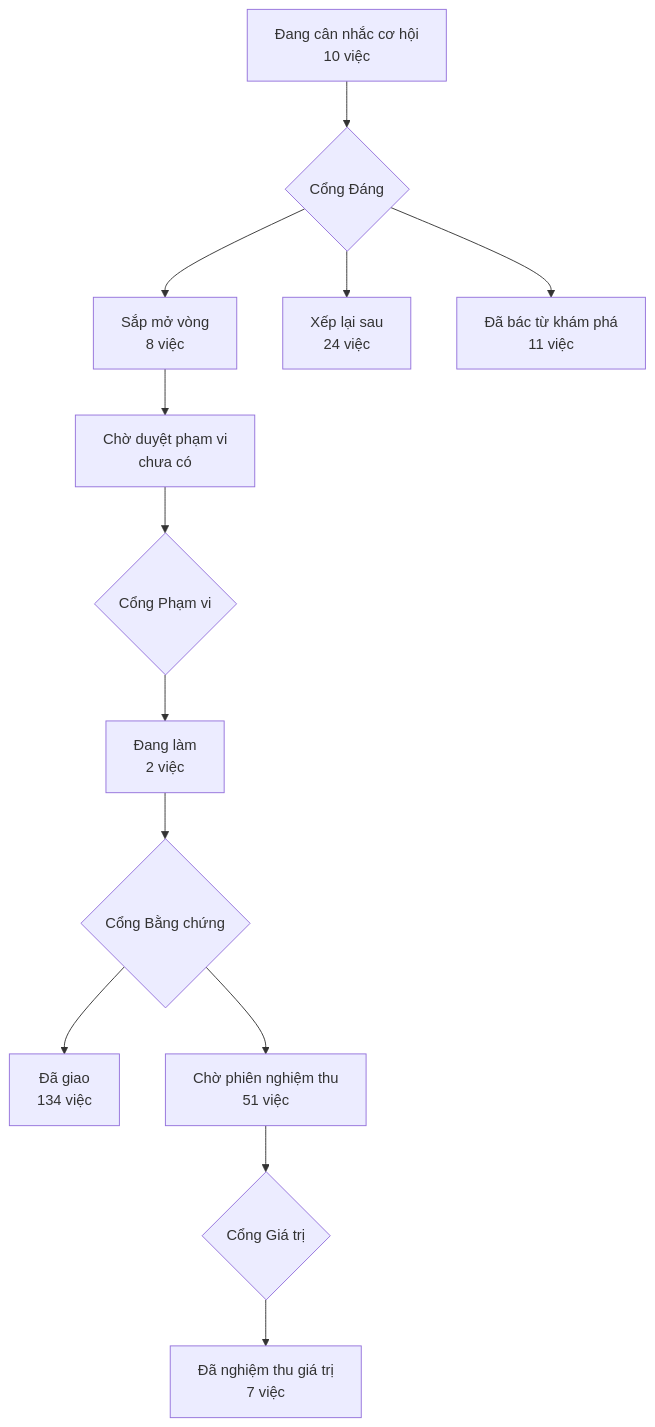
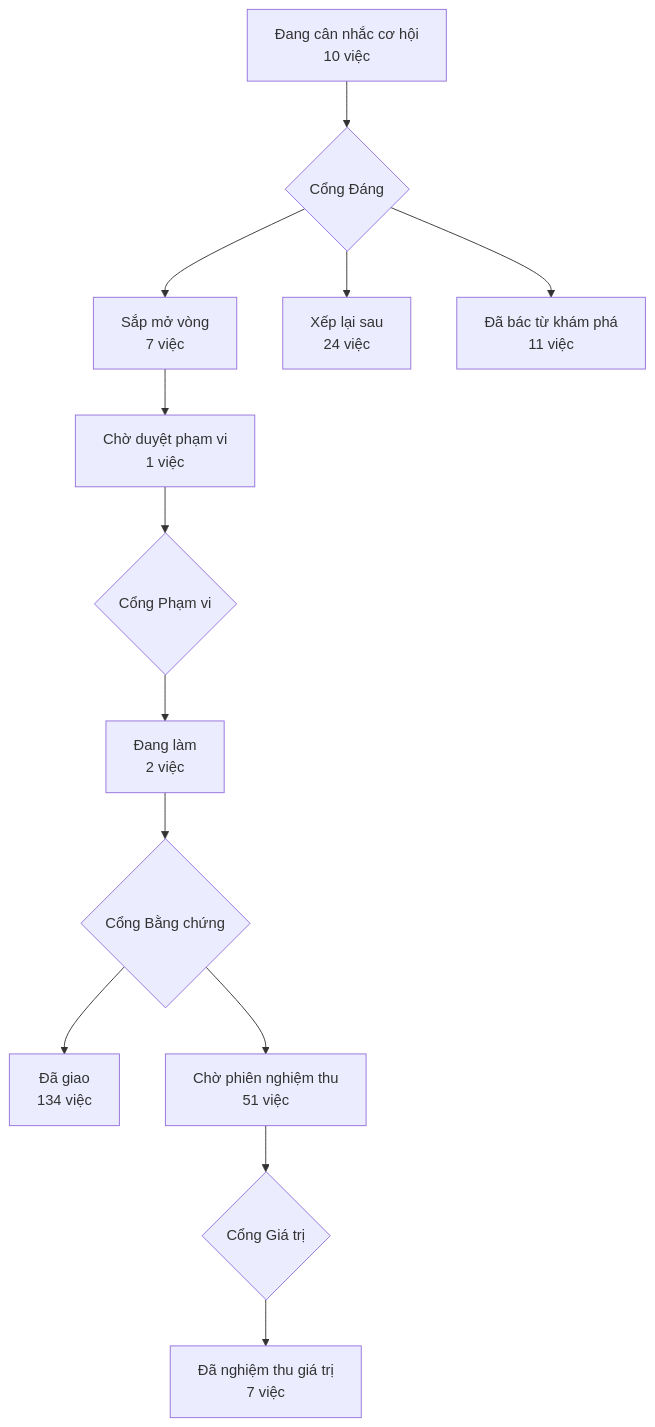
One commit to phanlemanh/acceptance-gate-kit changed the diagram in PRODUCT-MAP.md. Above: the diagram before and after it, drawn with Mermaid. The commit also changed other lines of this file and 1 other file, not shown here.

Commit message:
docs(trao-vai-va-do-sau-gop): vẽ lại bản đồ sau S1

````diff
--- a/PRODUCT-MAP.md
+++ b/PRODUCT-MAP.md
@@ -7,12 +7,12 @@
 ```mermaid
 flowchart TD
   A["Đang cân nhắc cơ hội<br/>10 việc"] --> GD{"Cổng Đáng"}
-  GD --> B["Sắp mở vòng<br/>8 việc"]
+  GD --> B["Sắp mở vòng<br/>7 việc"]
   GD --> XL["Xếp lại sau<br/>24 việc"]
   GD --> DB["Đã bác từ khám phá<br/>11 việc"]
-  B --> CD["Chờ duyệt phạm vi<br/>chưa có"] --> GP{"Cổng Phạm vi"}
+  B --> CD["Chờ duyệt phạm vi<br/>1 việc"] --> GP{"Cổng Phạm vi"}
   GP --> DL["Đang làm<br/>2 việc"] --> GB{"Cổng Bằng chứng"}
   GB --> DG["Đã giao<br/>134 việc"]
   GB --> CN["Chờ phiên nghiệm thu<br/>51 việc"] --> GG{"Cổng Giá trị"}
   GG --> NT["Đã nghiệm thu giá trị<br/>7 việc"]
 ```
````
